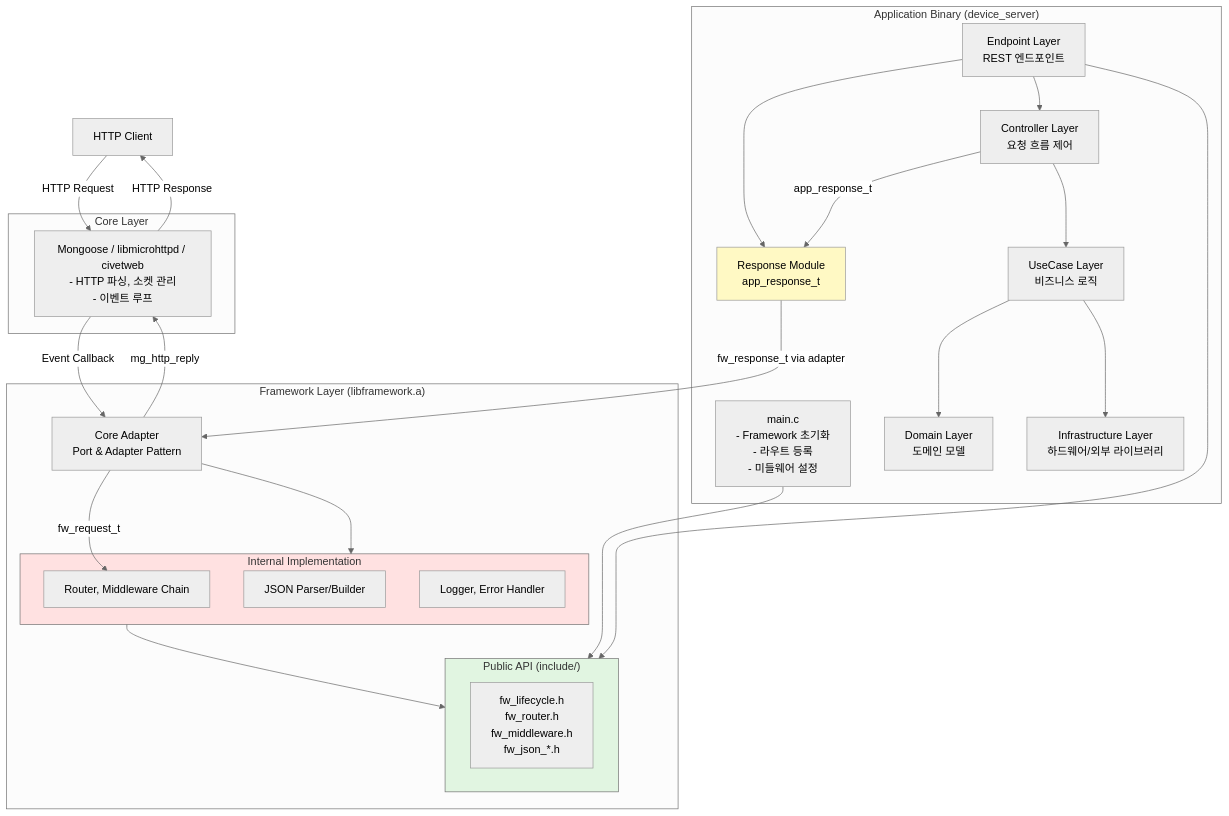
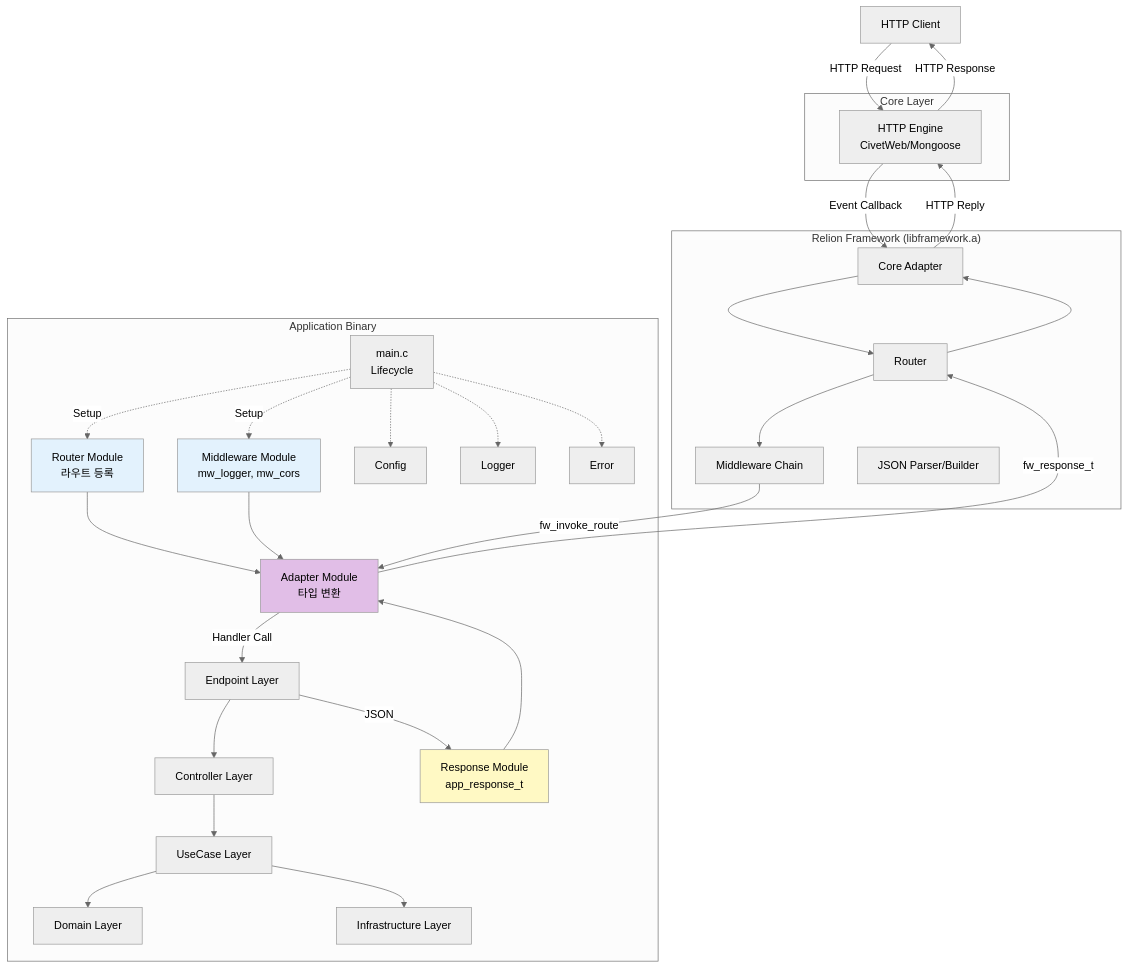
Before and after one commit to kass1693/portfolio: the first of 3 diagrams in embedded/relion.md, drawn with Mermaid (neutral theme). The commit also changed other lines of this file, not shown here.

````diff
--- a/embedded/relion.md
+++ b/embedded/relion.md
@@ -109,58 +109,71 @@
 ```mermaid
 graph TB
     Client[HTTP Client]
     
     subgraph Core["Core Layer"]
-        Mongoose["Mongoose / libmicrohttpd / civetweb<br/>- HTTP 파싱, 소켓 관리<br/>- 이벤트 루프"]
+        HTTP[HTTP Engine<br/>CivetWeb/Mongoose]
     end
     
-    subgraph Framework["Framework Layer (libframework.a)"]
-        CoreAdapter["Core Adapter<br/>Port & Adapter Pattern"]
-        
-        subgraph PublicAPI["Public API (include/)"]
-            API["fw_lifecycle.h<br/>fw_router.h<br/>fw_middleware.h<br/>fw_json_*.h"]
-        end
-        
-        subgraph Internal["Internal Implementation"]
-            Router["Router, Middleware Chain"]
-            JSON["JSON Parser/Builder"]
-            Logger["Logger, Error Handler"]
-        end
-        
-        CoreAdapter --> Internal
-        Internal --> PublicAPI
+    subgraph Framework["Relion Framework (libframework.a)"]
+        CoreAdapter[Core Adapter]
+        Router[Router]
+        Middleware[Middleware Chain]
+        JSON[JSON Parser/Builder]
     end
     
-    subgraph Application["Application Binary (device_server)"]
-        Main["main.c<br/>- Framework 초기화<br/>- 라우트 등록<br/>- 미들웨어 설정"]
+    subgraph Application["Application Binary"]
+        Main[main.c<br/>Lifecycle]
         
-        Endpoint["Endpoint Layer<br/>REST 엔드포인트"]
-        Controller["Controller Layer<br/>요청 흐름 제어"]
-        UseCase["UseCase Layer<br/>비즈니스 로직"]
-        Domain["Domain Layer<br/>도메인 모델"]
-        Infra["Infrastructure Layer<br/>하드웨어/외부 라이브러리"]
-        Response["Response Module<br/>app_response_t"]
+        AppRouter[Router Module<br/>라우트 등록]
+        AppMiddleware[Middleware Module<br/>mw_logger, mw_cors]
+        
+        Endpoint[Endpoint Layer]
+        Controller[Controller Layer]
+        UseCase[UseCase Layer]
+        Domain[Domain Layer]
+        Infra[Infrastructure Layer]
+        
+        Response[Response Module<br/>app_response_t]
+        Adapter[Adapter Module<br/>타입 변환]
+        
+        Config[Config]
+        Logger[Logger]
+        Error[Error]
     end
     
-    Client -->|HTTP Request| Mongoose
-    Mongoose -->|Event Callback| CoreAdapter
-    CoreAdapter -->|fw_request_t| Router
+    Client -->|HTTP Request| HTTP
+    HTTP -->|Event Callback| CoreAdapter
+    CoreAdapter --> Router
+    Router --> Middleware
     
-    Main --> PublicAPI
-    Endpoint --> PublicAPI
-    Endpoint --> Response
+    Main -.->|Setup| AppRouter
+    Main -.->|Setup| AppMiddleware
+    
+    AppRouter --> Adapter
+    AppMiddleware --> Adapter
+    
+    Middleware -->|fw_invoke_route| Adapter
+    Adapter -->|Handler Call| Endpoint
     
     Endpoint --> Controller
     Controller --> UseCase
     UseCase --> Domain
     UseCase --> Infra
     
-    Controller -->|app_response_t| Response
-    Response -->|fw_response_t via adapter| CoreAdapter
-    CoreAdapter -->|mg_http_reply| Mongoose
-    Mongoose -->|HTTP Response| Client
+    Endpoint -->|JSON| Response
+    Response --> Adapter
+    Adapter -->|fw_response_t| Router
+    Router --> CoreAdapter
+    CoreAdapter -->|HTTP Reply| HTTP
+    HTTP -->|HTTP Response| Client
     
-    style PublicAPI fill:#e1f5e1
-    style Internal fill:#ffe1e1
+    Main -.-> Config
+    Main -.-> Logger
+    Main -.-> Error
+    
     style Response fill:#fff9c4
+    style Adapter fill:#e1bee7
+    style AppRouter fill:#e3f2fd
+    style AppMiddleware fill:#e3f2fd
+
 ```
````
